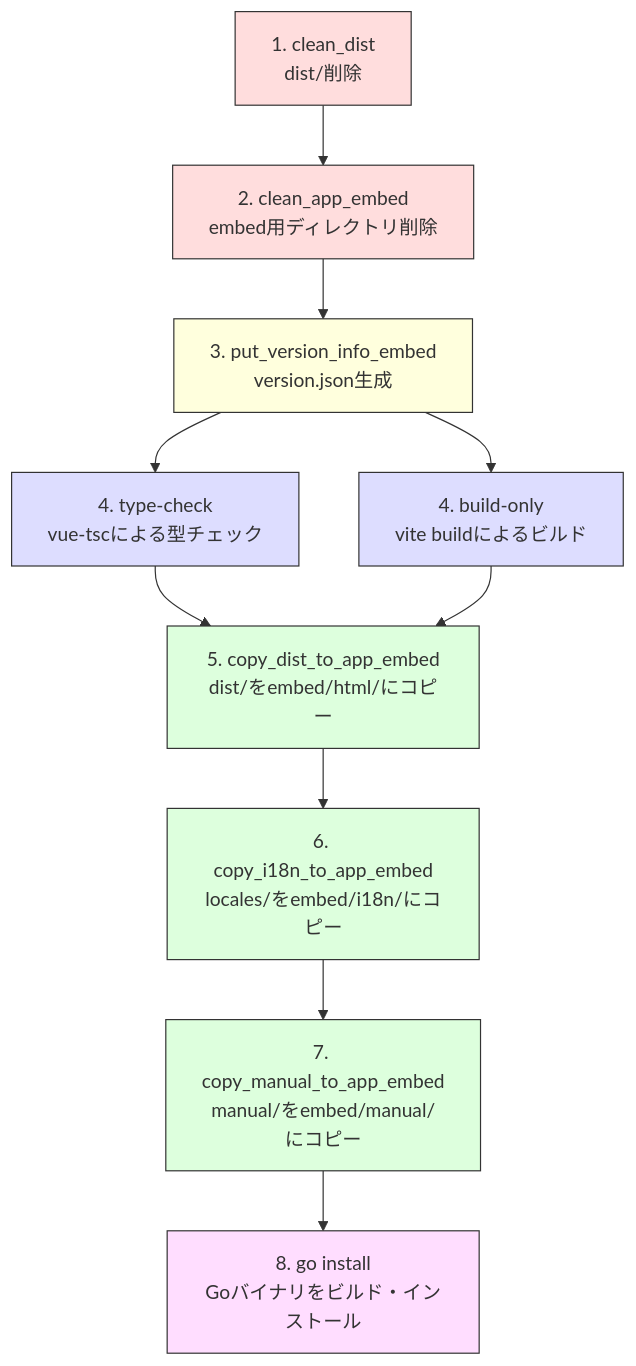
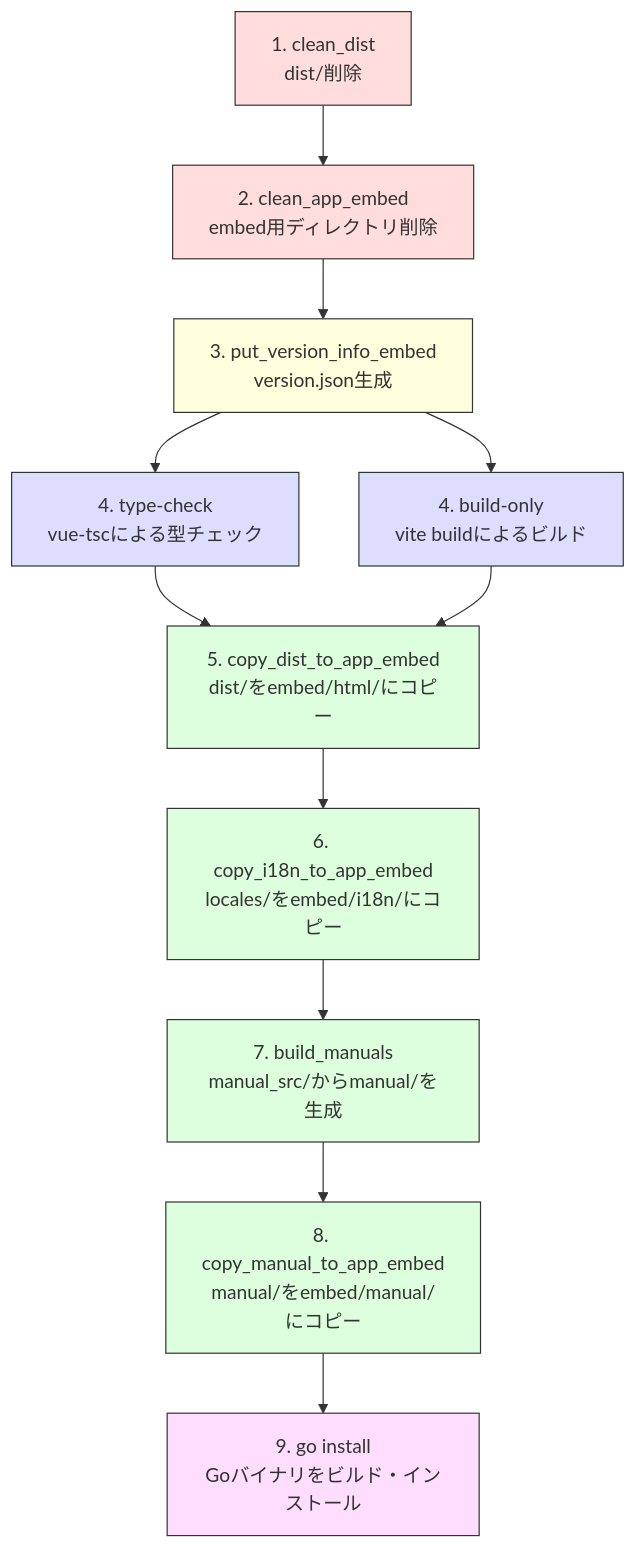
Before and after one commit to mt3hr/gkill: the diagram in documents/reverse/dev-setup.md, drawn with Mermaid. The commit also changed other lines of this file and 25 other files, not shown here.

````diff
--- a/documents/reverse/dev-setup.md
+++ b/documents/reverse/dev-setup.md
@@ -159,22 +181,24 @@
 ```mermaid
 graph TD
     Z["1. clean_dist<br/>dist/削除"] --> A["2. clean_app_embed<br/>embed用ディレクトリ削除"]
     A --> B["3. put_version_info_embed<br/>version.json生成"]
     B --> C["4. type-check<br/>vue-tscによる型チェック"]
     B --> D["4. build-only<br/>vite buildによるビルド"]
     C --> E["5. copy_dist_to_app_embed<br/>dist/をembed/html/にコピー"]
     D --> E
     E --> F["6. copy_i18n_to_app_embed<br/>locales/をembed/i18n/にコピー"]
-    F --> H["7. copy_manual_to_app_embed<br/>manual/をembed/manual/にコピー"]
-    H --> G["8. go install<br/>Goバイナリをビルド・インストール"]
+    F --> M["7. build_manuals<br/>manual_src/からmanual/を生成"]
+    M --> H["8. copy_manual_to_app_embed<br/>manual/をembed/manual/にコピー"]
+    H --> G["9. go install<br/>Goバイナリをビルド・インストール"]
 
     style Z fill:#fdd,stroke:#333
     style A fill:#fdd,stroke:#333
     style B fill:#ffd,stroke:#333
     style C fill:#ddf,stroke:#333
     style D fill:#ddf,stroke:#333
     style E fill:#dfd,stroke:#333
     style F fill:#dfd,stroke:#333
+    style M fill:#dfd,stroke:#333
     style H fill:#dfd,stroke:#333
     style G fill:#fdf,stroke:#333
 ```
````
